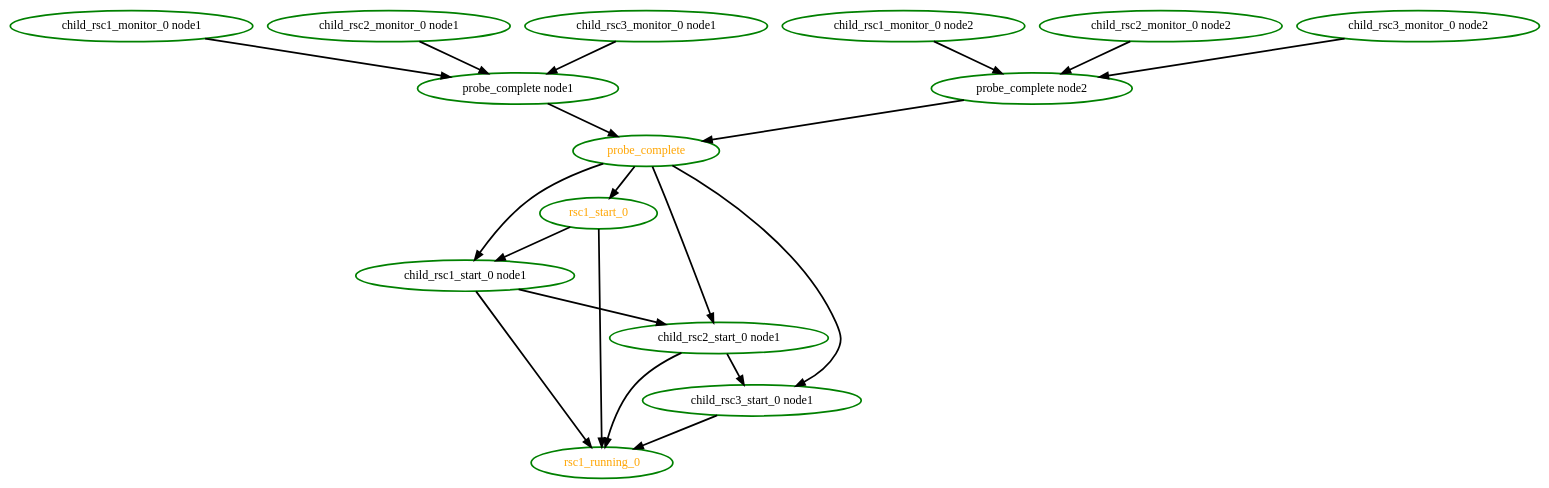
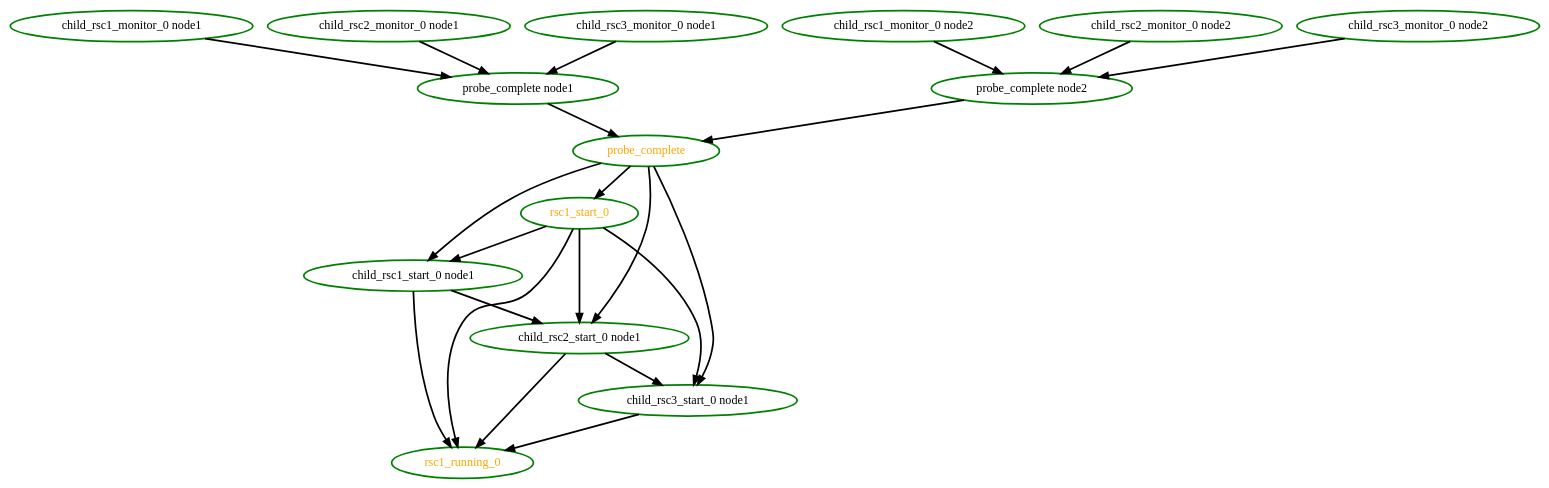
The diagram in pengine/testcases/group1.dot (linux-ha-japan/pm_diskd), drawn with Graphviz before and after one commit. The commit also changed 57 other files, not shown here.

Commit message:
High: PE: Group start ordering fixes Ensure group.start is included in the graph if any of its members are starting.  This allows it to be ordered after group.stopped and group.demoted actions (if any member of the group is being stopped or demoted)

```diff
--- a/pengine/testcases/group1.dot
+++ b/pengine/testcases/group1.dot
@@ -1,35 +1,37 @@
  digraph "g" {
 "child_rsc1_monitor_0 node1" -> "probe_complete node1" [ style = bold]
 "child_rsc1_monitor_0 node1" [ style=bold color="green" fontcolor="black" ]
 "child_rsc1_monitor_0 node2" -> "probe_complete node2" [ style = bold]
 "child_rsc1_monitor_0 node2" [ style=bold color="green" fontcolor="black" ]
 "child_rsc1_start_0 node1" -> "child_rsc2_start_0 node1" [ style = bold]
 "child_rsc1_start_0 node1" -> "rsc1_running_0" [ style = bold]
 "child_rsc1_start_0 node1" [ style=bold color="green" fontcolor="black" ]
 "child_rsc2_monitor_0 node1" -> "probe_complete node1" [ style = bold]
 "child_rsc2_monitor_0 node1" [ style=bold color="green" fontcolor="black" ]
 "child_rsc2_monitor_0 node2" -> "probe_complete node2" [ style = bold]
 "child_rsc2_monitor_0 node2" [ style=bold color="green" fontcolor="black" ]
 "child_rsc2_start_0 node1" -> "child_rsc3_start_0 node1" [ style = bold]
 "child_rsc2_start_0 node1" -> "rsc1_running_0" [ style = bold]
 "child_rsc2_start_0 node1" [ style=bold color="green" fontcolor="black" ]
 "child_rsc3_monitor_0 node1" -> "probe_complete node1" [ style = bold]
 "child_rsc3_monitor_0 node1" [ style=bold color="green" fontcolor="black" ]
 "child_rsc3_monitor_0 node2" -> "probe_complete node2" [ style = bold]
 "child_rsc3_monitor_0 node2" [ style=bold color="green" fontcolor="black" ]
 "child_rsc3_start_0 node1" -> "rsc1_running_0" [ style = bold]
 "child_rsc3_start_0 node1" [ style=bold color="green" fontcolor="black" ]
 "probe_complete node1" -> "probe_complete" [ style = bold]
 "probe_complete node1" [ style=bold color="green" fontcolor="black" ]
 "probe_complete node2" -> "probe_complete" [ style = bold]
 "probe_complete node2" [ style=bold color="green" fontcolor="black" ]
 "probe_complete" -> "child_rsc1_start_0 node1" [ style = bold]
 "probe_complete" -> "child_rsc2_start_0 node1" [ style = bold]
 "probe_complete" -> "child_rsc3_start_0 node1" [ style = bold]
 "probe_complete" -> "rsc1_start_0" [ style = bold]
 "probe_complete" [ style=bold color="green" fontcolor="orange" ]
 "rsc1_running_0" [ style=bold color="green" fontcolor="orange" ]
 "rsc1_start_0" -> "child_rsc1_start_0 node1" [ style = bold]
+"rsc1_start_0" -> "child_rsc2_start_0 node1" [ style = bold]
+"rsc1_start_0" -> "child_rsc3_start_0 node1" [ style = bold]
 "rsc1_start_0" -> "rsc1_running_0" [ style = bold]
 "rsc1_start_0" [ style=bold color="green" fontcolor="orange" ]
 }
```
